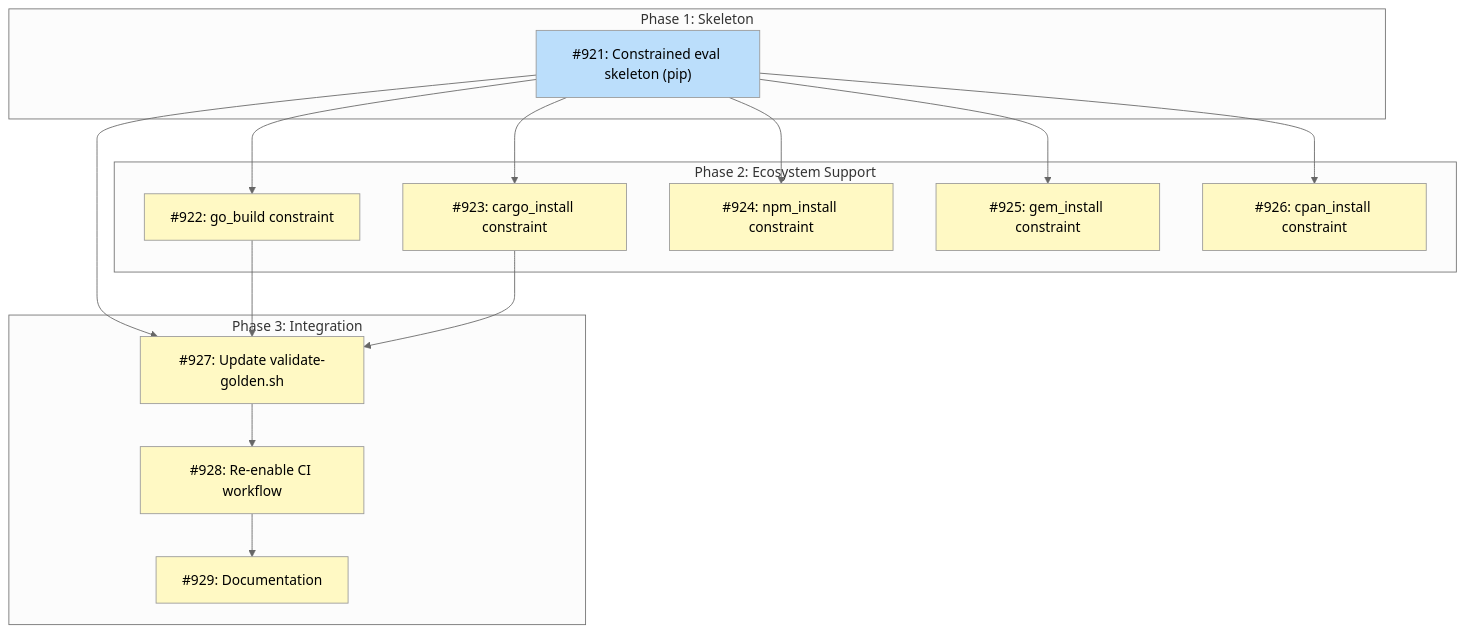
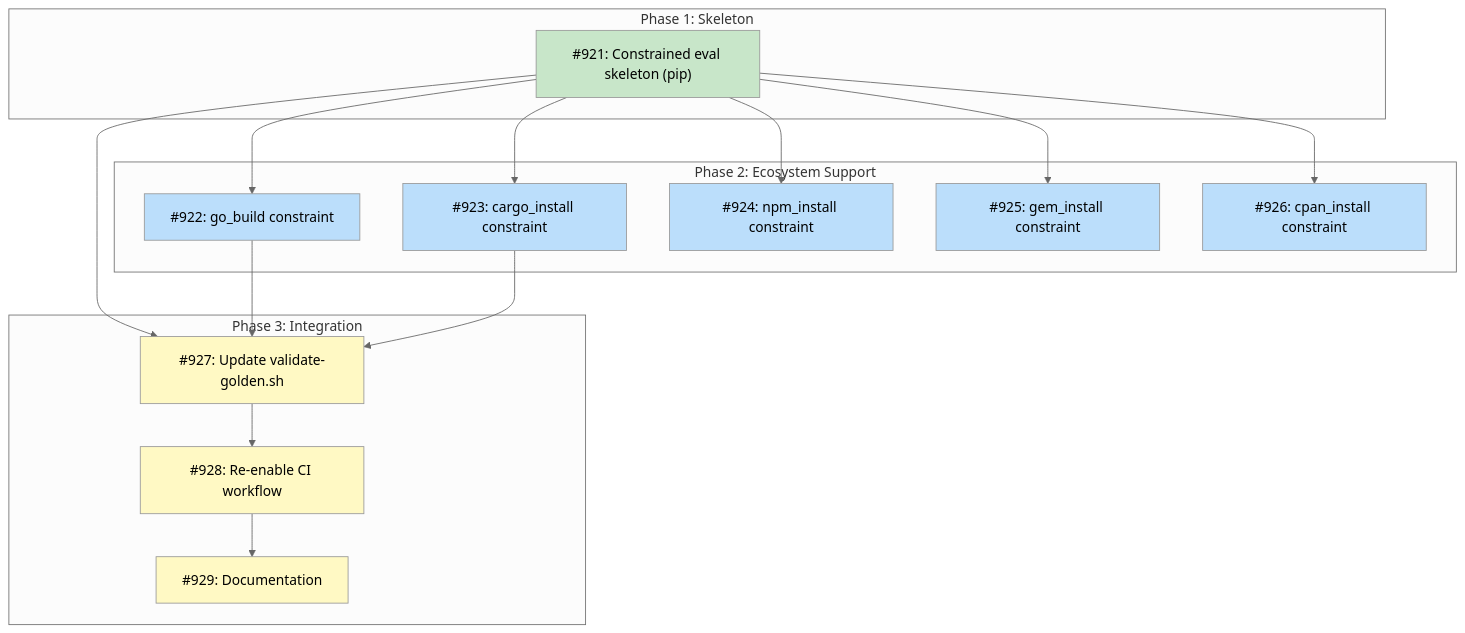
The diagram in docs/designs/DESIGN-non-deterministic-validation.md (tsukumogami/tsuku), drawn with Mermaid (neutral theme) before and after one commit. The commit also changed 6 other files, not shown here.

````diff
--- a/docs/designs/DESIGN-non-deterministic-validation.md
+++ b/docs/designs/DESIGN-non-deterministic-validation.md
@@ -25,39 +25,40 @@
 ```mermaid
 graph TD
     subgraph Phase1["Phase 1: Skeleton"]
         I921["#921: Constrained eval skeleton (pip)"]
     end
 
     subgraph Phase2["Phase 2: Ecosystem Support"]
         I922["#922: go_build constraint"]
         I923["#923: cargo_install constraint"]
         I924["#924: npm_install constraint"]
         I925["#925: gem_install constraint"]
         I926["#926: cpan_install constraint"]
     end
 
     subgraph Phase3["Phase 3: Integration"]
         I927["#927: Update validate-golden.sh"]
         I928["#928: Re-enable CI workflow"]
         I929["#929: Documentation"]
     end
 
     I921 --> I922
     I921 --> I923
     I921 --> I924
     I921 --> I925
     I921 --> I926
     I921 --> I927
     I922 --> I927
     I923 --> I927
     I927 --> I928
     I928 --> I929
 
     classDef done fill:#c8e6c9
     classDef ready fill:#bbdefb
     classDef blocked fill:#fff9c4
     classDef needsDesign fill:#e1bee7
 
-    class I921 ready
-    class I922,I923,I924,I925,I926,I927,I928,I929 blocked
+    class I921 done
+    class I922,I923,I924,I925,I926 ready
+    class I927,I928,I929 blocked
 ```
````
